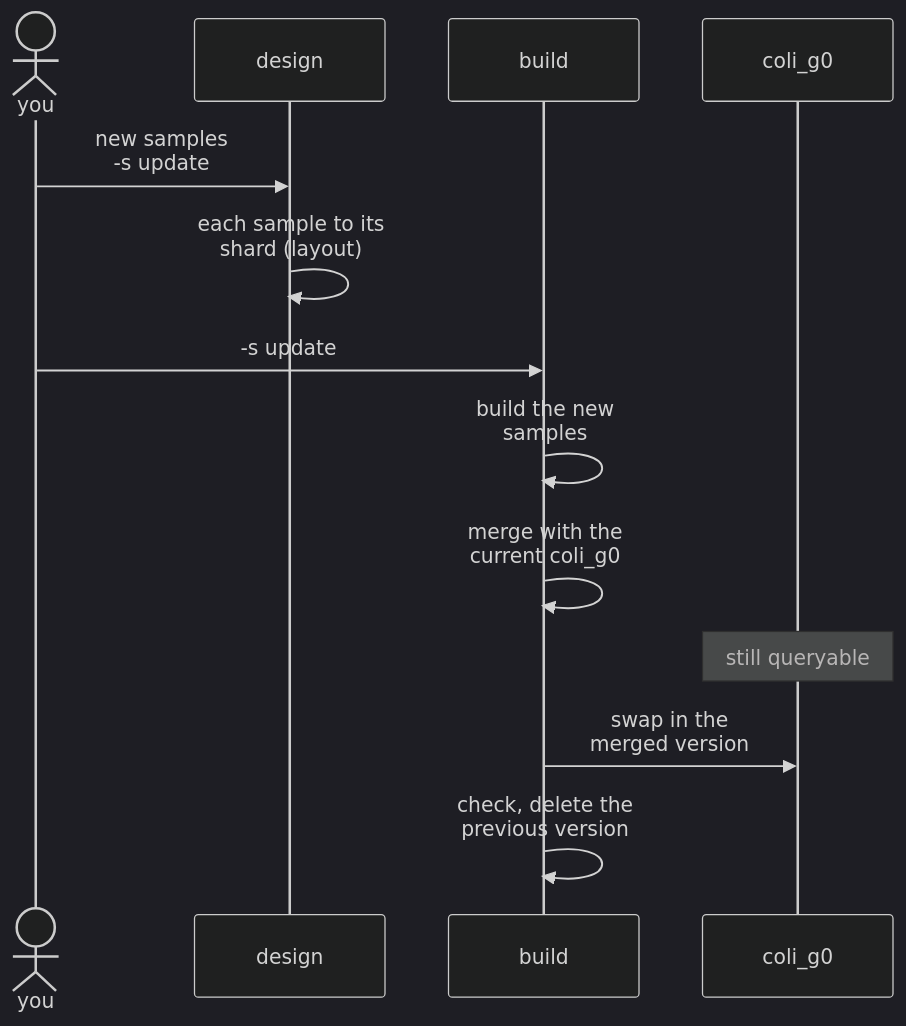
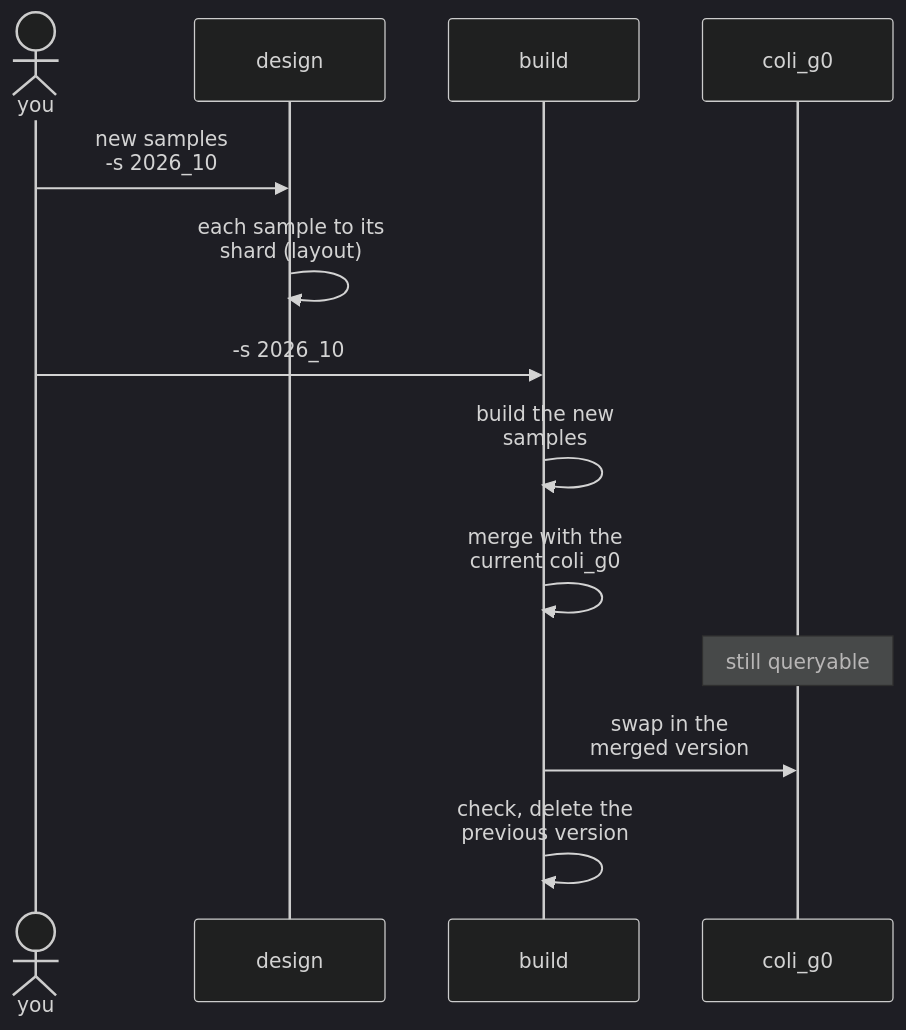
The third of 3 diagrams in docs/concepts/building.md (sebllns/kmhelpers), drawn with Mermaid (dark theme) before and after one commit. The commit also changed other lines of this file and 2 other files, not shown here.

Commit message:
Docs: a session name is free, 'update' is only the tutorial's

````diff
--- a/docs/concepts/building.md
+++ b/docs/concepts/building.md
@@ -91,15 +92,15 @@
 ```mermaid
 sequenceDiagram
     actor U as you
     participant D as design
     participant B as build
     participant S as coli_g0
-    U->>D: new samples<br/>-s update
+    U->>D: new samples<br/>-s 2026_10
     D->>D: each sample to its<br/>shard (layout)
-    U->>B: -s update
+    U->>B: -s 2026_10
     B->>B: build the new<br/>samples
     B->>B: merge with the<br/>current coli_g0
     Note over S: still queryable
     B->>S: swap in the<br/>merged version
     B->>B: check, delete the<br/>previous version
 ```
````
